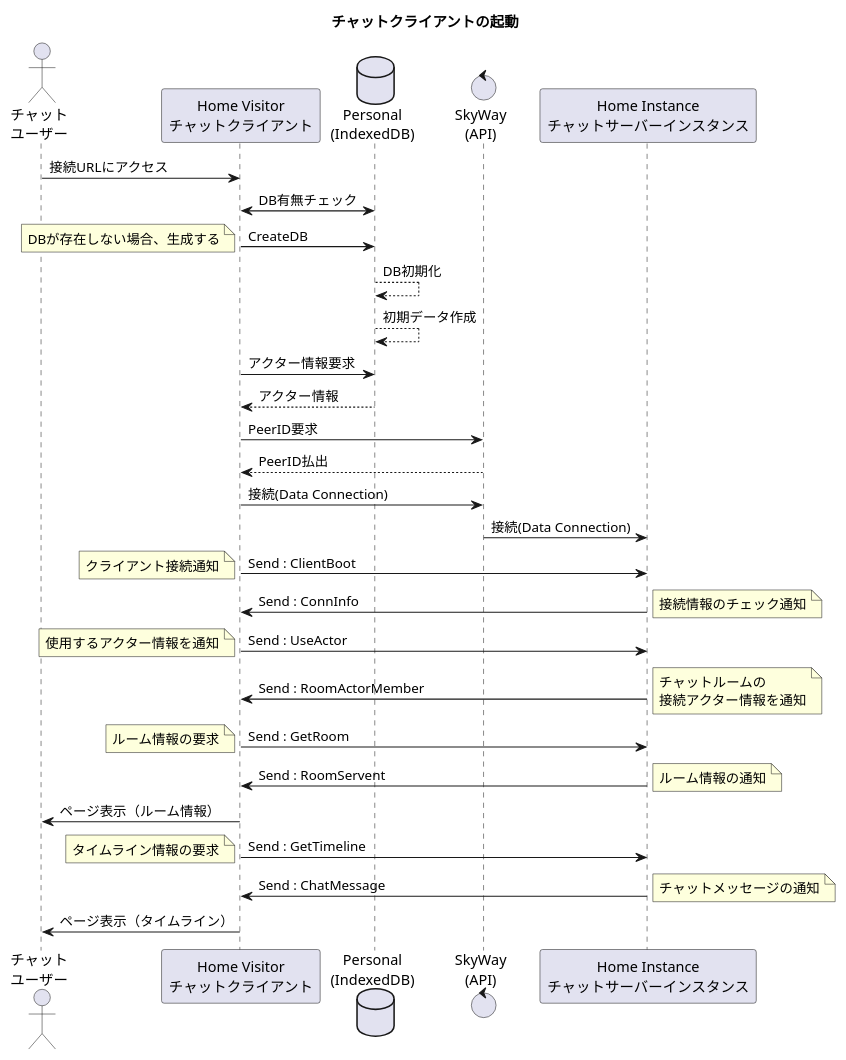
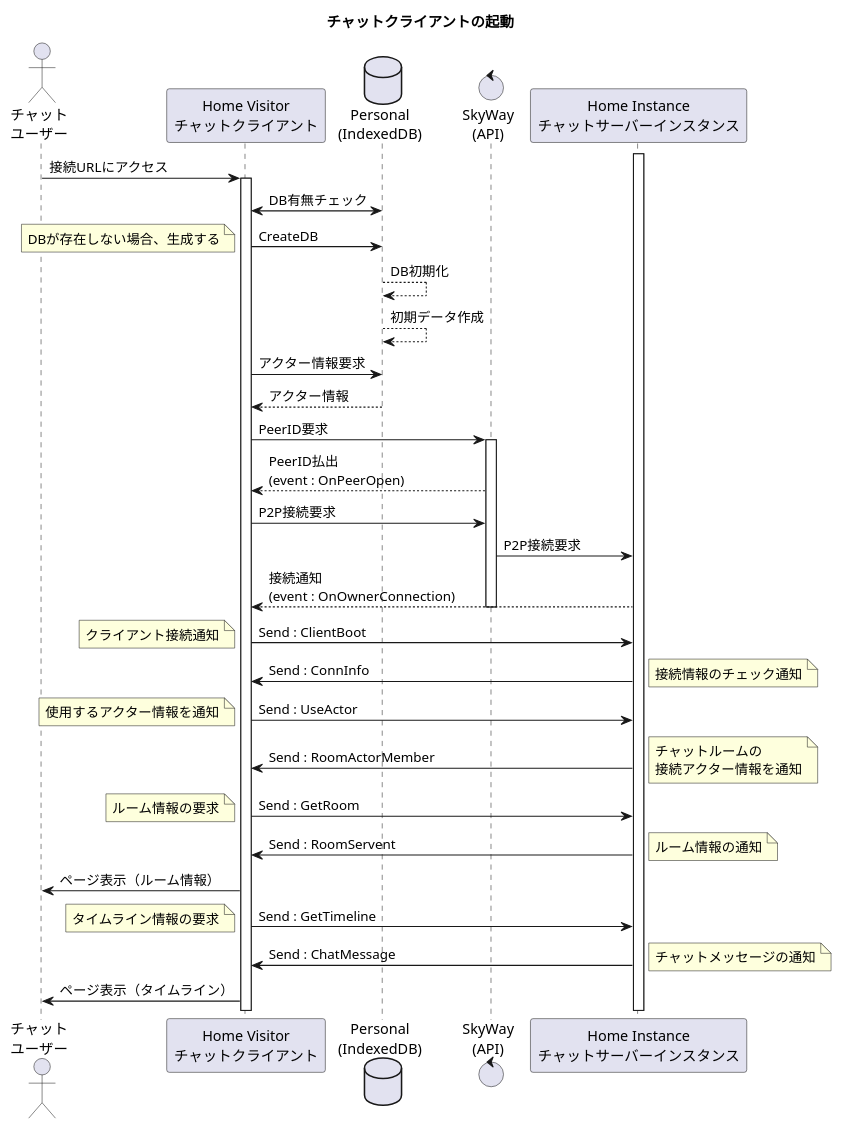
The diagram in doc/boot_HomeVisitor.pu (iwatendo/skybeje), drawn with PlantUML before and after one commit. The commit also changed 4 other files, not shown here.

Commit message:
チャット部分 及び 終了処理のシーケンス図を追加

```diff
--- a/doc/boot_HomeVisitor.pu
+++ b/doc/boot_HomeVisitor.pu
@@ -1,49 +1,54 @@
 @startuml
 
 title チャットクライアントの起動
 
 actor       "チャット\nユーザー"                         as ChatUser
 participant "Home Visitor\nチャットクライアント"         as HomeVisitor
 database    "Personal\n(IndexedDB)"                    as IndexedDB_Personal
 control     "SkyWay\n(API)"                            as SkyWay
 participant "Home Instance\nチャットサーバーインスタンス" as HomeInstance
 
+activate HomeInstance
 ChatUser             -> HomeVisitor         : 接続URLにアクセス
+activate HomeVisitor
 HomeVisitor         <-> IndexedDB_Personal  : DB有無チェック
 HomeVisitor          -> IndexedDB_Personal  : CreateDB
 note left : DBが存在しない場合、生成する
 
 IndexedDB_Personal  --> IndexedDB_Personal  : DB初期化
 IndexedDB_Personal  --> IndexedDB_Personal  : 初期データ作成
 HomeVisitor          -> IndexedDB_Personal  : アクター情報要求
 HomeVisitor         <-- IndexedDB_Personal  : アクター情報
 
 HomeVisitor          -> SkyWay              : PeerID要求
-HomeVisitor         <-- SkyWay              : PeerID払出
-HomeVisitor          -> SkyWay              : 接続(Data Connection)
-SkyWay               -> HomeInstance        : 接続(Data Connection)
+activate SkyWay
+HomeVisitor         <-- SkyWay              : PeerID払出\n(event : OnPeerOpen)
+HomeVisitor          -> SkyWay              : P2P接続要求
+SkyWay               -> HomeInstance        : P2P接続要求
+HomeVisitor         <-- HomeInstance        : 接続通知\n(event : OnOwnerConnection)
+deactivate SkyWay
 
 HomeVisitor          -> HomeInstance        : Send : ClientBoot
 note left  : クライアント接続通知
 HomeVisitor         <-  HomeInstance        : Send : ConnInfo
 note right : 接続情報のチェック通知
 HomeVisitor          -> HomeInstance        : Send : UseActor
 note left  : 使用するアクター情報を通知
 HomeVisitor         <-  HomeInstance        : Send : RoomActorMember
 note right : チャットルームの\n接続アクター情報を通知
 
 HomeVisitor          -> HomeInstance        : Send : GetRoom
 note left  : ルーム情報の要求
 HomeVisitor         <-  HomeInstance        : Send : RoomServent
 note right : ルーム情報の通知
 
 ChatUser            <-  HomeVisitor         : ページ表示（ルーム情報）
 
 HomeVisitor          -> HomeInstance        : Send : GetTimeline
 note left  : タイムライン情報の要求
 HomeVisitor         <-  HomeInstance        : Send : ChatMessage
 note right : チャットメッセージの通知
 
 ChatUser            <-  HomeVisitor         : ページ表示（タイムライン）
 
 @enduml
```
